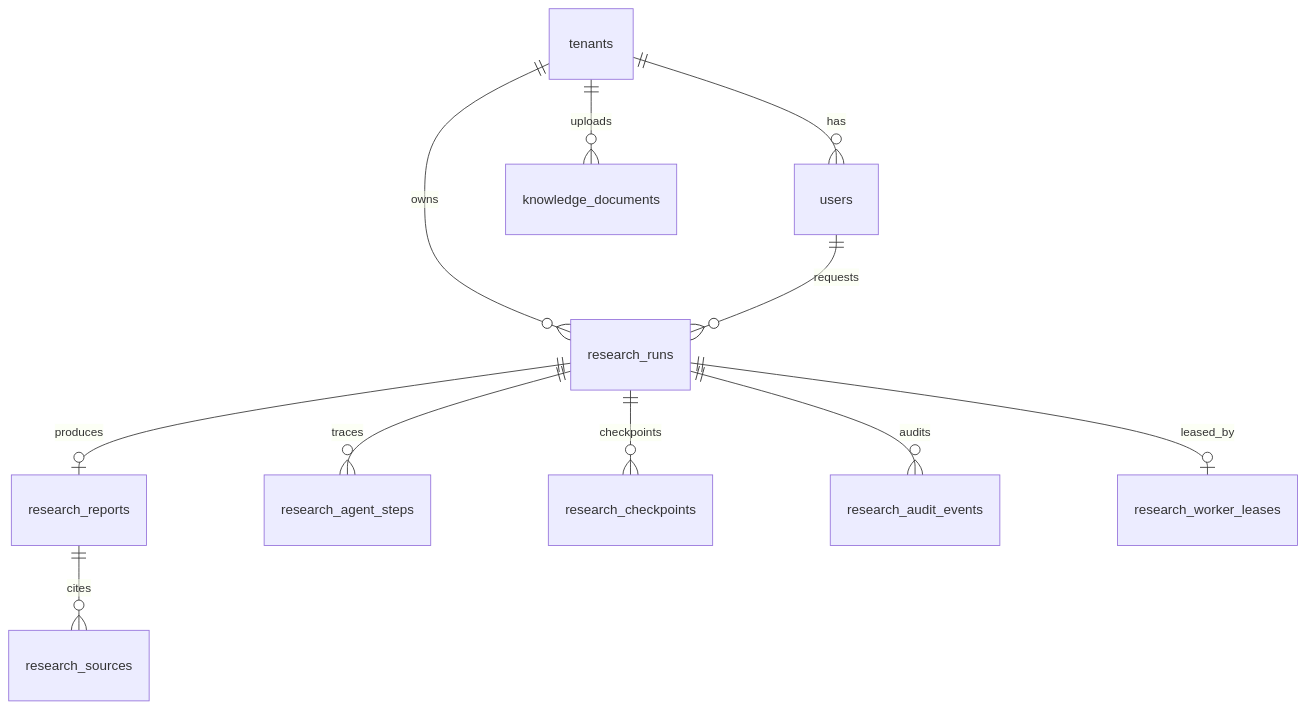
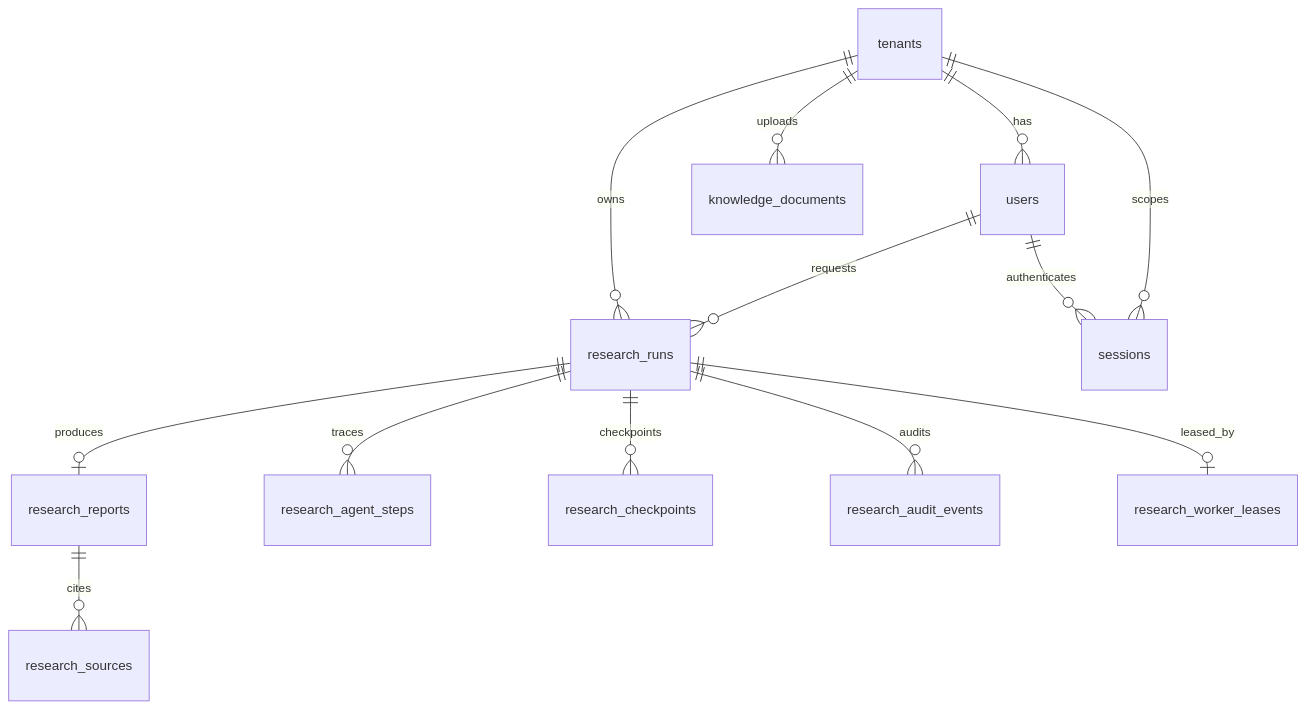
One commit to akira-in-tech/enterprise-agentic-research-platform changed the diagram in docs/data-model.md. Above: the diagram before and after it, drawn with Mermaid. The commit also changed other lines of this file and 3 other files, not shown here.

````diff
--- a/docs/data-model.md
+++ b/docs/data-model.md
@@ -5,13 +5,15 @@
 ```mermaid
 erDiagram
     tenants ||--o{ users : has
     tenants ||--o{ research_runs : owns
     users ||--o{ research_runs : requests
+    users ||--o{ sessions : authenticates
+    tenants ||--o{ sessions : scopes
     research_runs ||--o| research_reports : produces
     research_reports ||--o{ research_sources : cites
     research_runs ||--o{ research_agent_steps : traces
     research_runs ||--o{ research_checkpoints : checkpoints
     research_runs ||--o{ research_audit_events : audits
     research_runs ||--o| research_worker_leases : leased_by
     tenants ||--o{ knowledge_documents : uploads
 ```
````
